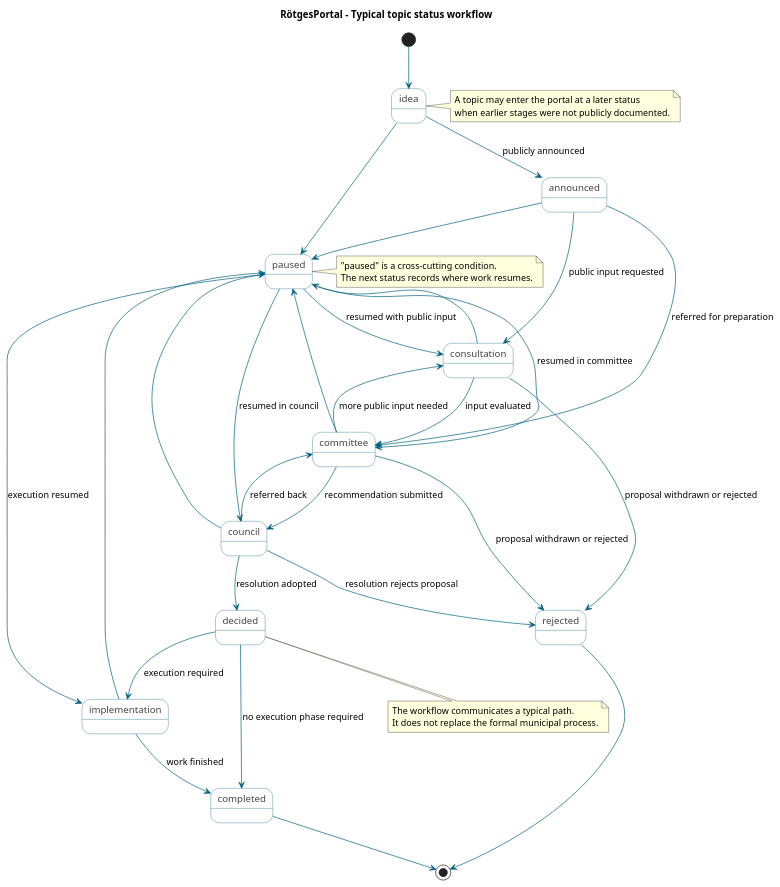
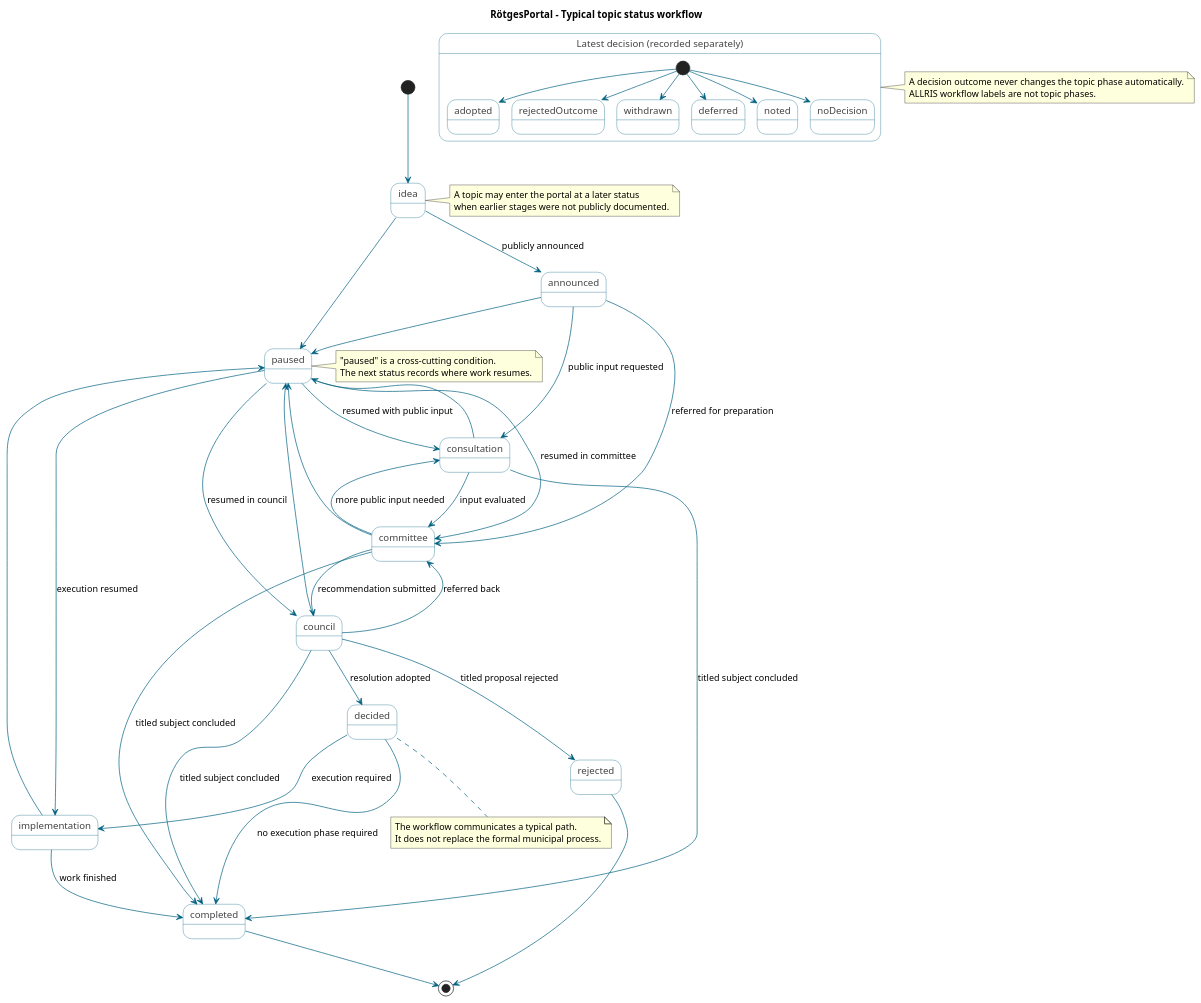
Before and after one commit to codeWithDEI/RoetgesPortal: the diagram in docs/architecture/topic-status-workflow.puml, drawn with PlantUML. The commit also changed 115 other files, not shown here.

Commit message:
Separate topic phases from decision outcomes

```diff
--- a/docs/architecture/topic-status-workflow.puml
+++ b/docs/architecture/topic-status-workflow.puml
@@ -1,59 +1,74 @@
 @startuml
 title RötgesPortal – Typical topic status workflow
 
 skinparam backgroundColor transparent
 skinparam shadowing false
 skinparam state {
   BackgroundColor #FFFFFF
   BorderColor #006080
   FontColor #444444
   ArrowColor #006080
 }
 
 [*] --> idea
 idea --> announced : publicly announced
 announced --> consultation : public input requested
 announced --> committee : referred for preparation
 consultation --> committee : input evaluated
 committee --> council : recommendation submitted
 council --> decided : resolution adopted
 decided --> implementation : execution required
 decided --> completed : no execution phase required
 implementation --> completed : work finished
 
 committee --> consultation : more public input needed
 council --> committee : referred back
 
-consultation --> rejected : proposal withdrawn or rejected
-committee --> rejected : proposal withdrawn or rejected
-council --> rejected : resolution rejects proposal
+consultation --> completed : titled subject concluded
+committee --> completed : titled subject concluded
+council --> completed : titled subject concluded
+council --> rejected : titled proposal rejected
+
+state "Latest decision (recorded separately)" as decision {
+  [*] --> adopted
+  [*] --> rejectedOutcome
+  [*] --> withdrawn
+  [*] --> deferred
+  [*] --> noted
+  [*] --> noDecision
+}
 
 idea --> paused
 announced --> paused
 consultation --> paused
 committee --> paused
 council --> paused
 implementation --> paused
 paused --> consultation : resumed with public input
 paused --> committee : resumed in committee
 paused --> council : resumed in council
 paused --> implementation : execution resumed
 
 completed --> [*]
 rejected --> [*]
 
 note right of idea
   A topic may enter the portal at a later status
   when earlier stages were not publicly documented.
 end note
 
 note right of paused
   "paused" is a cross-cutting condition.
   The next status records where work resumes.
 end note
 
 note bottom of decided
   The workflow communicates a typical path.
   It does not replace the formal municipal process.
 end note
+
+note right of decision
+  A decision outcome never changes the topic phase automatically.
+  ALLRIS workflow labels are not topic phases.
+end note
 @enduml
```
